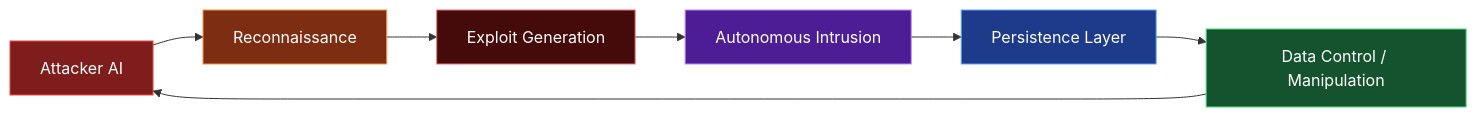
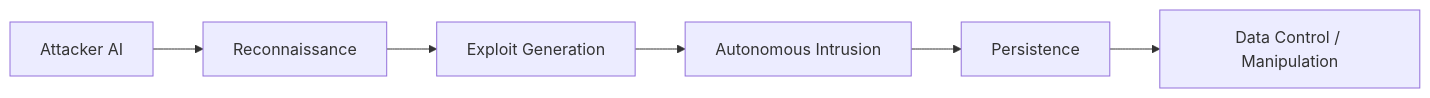
The second of 4 diagrams in README.md (kongali1720/kongali1720), drawn with Mermaid before and after one commit. The commit also changed other lines of this file, not shown here.

````diff
--- a/README.md
+++ b/README.md
@@ -194,19 +85,8 @@
 ```mermaid
 flowchart LR
-
-A[Attacker AI]:::red --> B[Reconnaissance]:::orange
-B --> C[Exploit Generation]:::red2
-C --> D[Autonomous Intrusion]:::purple
-D --> E[Persistence Layer]:::blue
-E --> F[Data Control / Manipulation]:::green
-
-F --> A
-
-
-classDef red fill:#7f1d1d,stroke:#ef4444,color:#fff
-classDef red2 fill:#450a0a,stroke:#f87171,color:#fff
-classDef orange fill:#7c2d12,stroke:#fb923c,color:#fff
-classDef purple fill:#4c1d95,stroke:#c084fc,color:#fff
-classDef blue fill:#1e3a8a,stroke:#60a5fa,color:#fff
-classDef green fill:#14532d,stroke:#4ade80,color:#fff
+    A[Attacker AI] --> B[Reconnaissance]
+    B --> C[Exploit Generation]
+    C --> D[Autonomous Intrusion]
+    D --> E[Persistence]
+    E --> F[Data Control / Manipulation]
 ```
````
